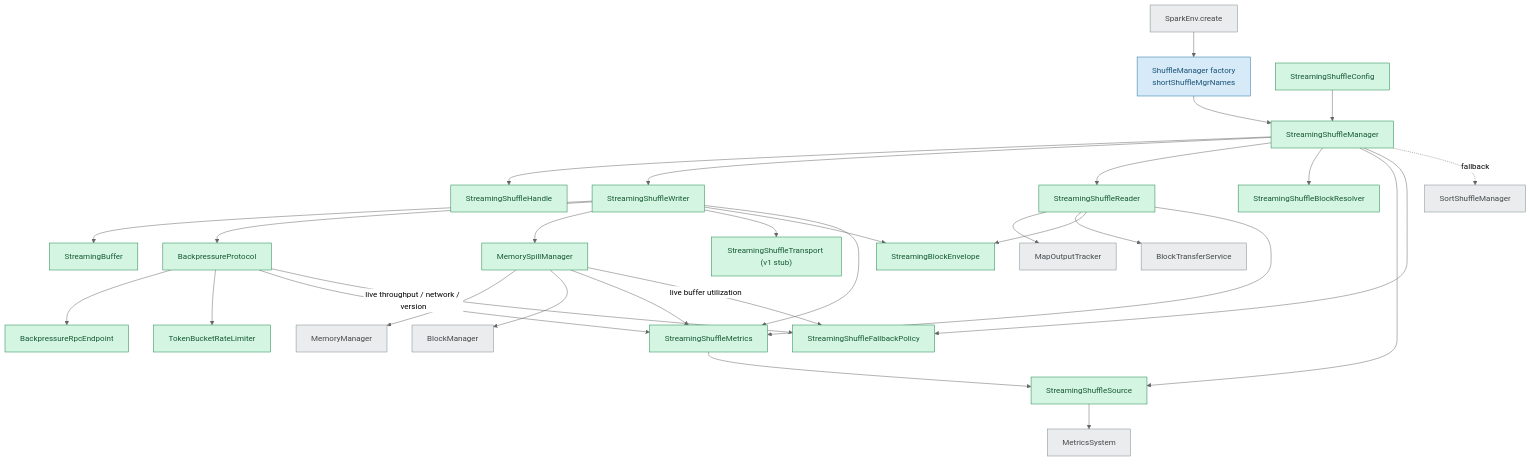
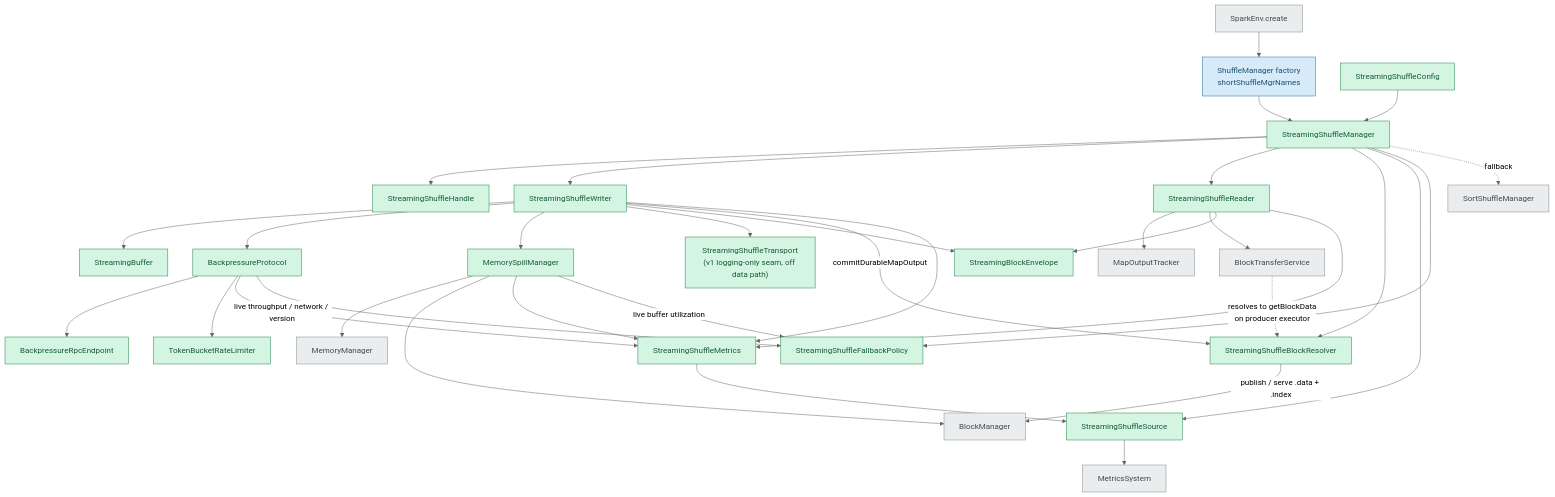
One commit to Blitzy-Sandbox/blitzy-spark changed the second of 3 diagrams in blitzy-docs/streaming-shuffle/architecture.md. Above: the diagram before and after it, drawn with Mermaid (neutral theme). The commit also changed other lines of this file and 30 other files, not shown here.

````diff
--- a/blitzy-docs/streaming-shuffle/architecture.md
+++ b/blitzy-docs/streaming-shuffle/architecture.md
@@ -46,36 +46,39 @@
 ```mermaid
 flowchart TB
     SE["SparkEnv.create"]:::ref --> SM["ShuffleManager factory<br/>shortShuffleMgrNames"]:::modify
     SM --> MGR["StreamingShuffleManager"]:::create
     MGR --> H["StreamingShuffleHandle"]:::create
     MGR --> W["StreamingShuffleWriter"]:::create
     MGR --> R["StreamingShuffleReader"]:::create
     MGR --> BR["StreamingShuffleBlockResolver"]:::create
     MGR --> SRC["StreamingShuffleSource"]:::create
     MGR --> FB["StreamingShuffleFallbackPolicy"]:::create
     MGR -.->|"fallback"| SORT["SortShuffleManager"]:::ref
     CFG["StreamingShuffleConfig"]:::create --> MGR
     W --> BUF["StreamingBuffer"]:::create
     W --> BP["BackpressureProtocol"]:::create
     W --> SPILL["MemorySpillManager"]:::create
-    W --> TX["StreamingShuffleTransport (v1 stub)"]:::create
+    W --> TX["StreamingShuffleTransport<br/>(v1 logging-only seam, off data path)"]:::create
     W --> ENV["StreamingBlockEnvelope"]:::create
+    W -->|"commitDurableMapOutput"| BR
+    BR -->|"publish / serve .data + .index"| BM
     BP --> RPC["BackpressureRpcEndpoint"]:::create
     BP --> RL["TokenBucketRateLimiter"]:::create
     SPILL --> MM["MemoryManager"]:::ref
     SPILL --> BM["BlockManager"]:::ref
     R --> MOT["MapOutputTracker"]:::ref
     R --> BTS["BlockTransferService"]:::ref
+    BTS -.->|"resolves to getBlockData<br/>on producer executor"| BR
     R --> ENV
     MET["StreamingShuffleMetrics"]:::create --> SRC
     W --> MET
     R --> MET
     BP --> MET
     SPILL --> MET
     BP -->|"live throughput / network / version"| FB
     SPILL -->|"live buffer utilization"| FB
     SRC --> MS["MetricsSystem"]:::ref
     classDef create fill:#d5f5e3,stroke:#1e8449,color:#145a32
     classDef modify fill:#d6eaf8,stroke:#2471a3,color:#1a5276
     classDef ref fill:#eaecee,stroke:#7f8c8d,color:#424949
 ```
````
